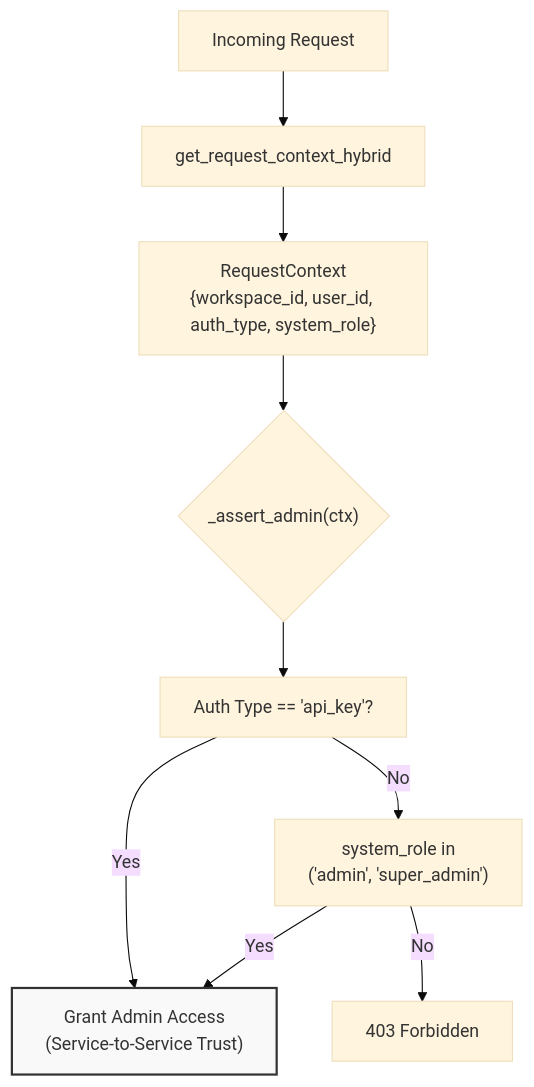
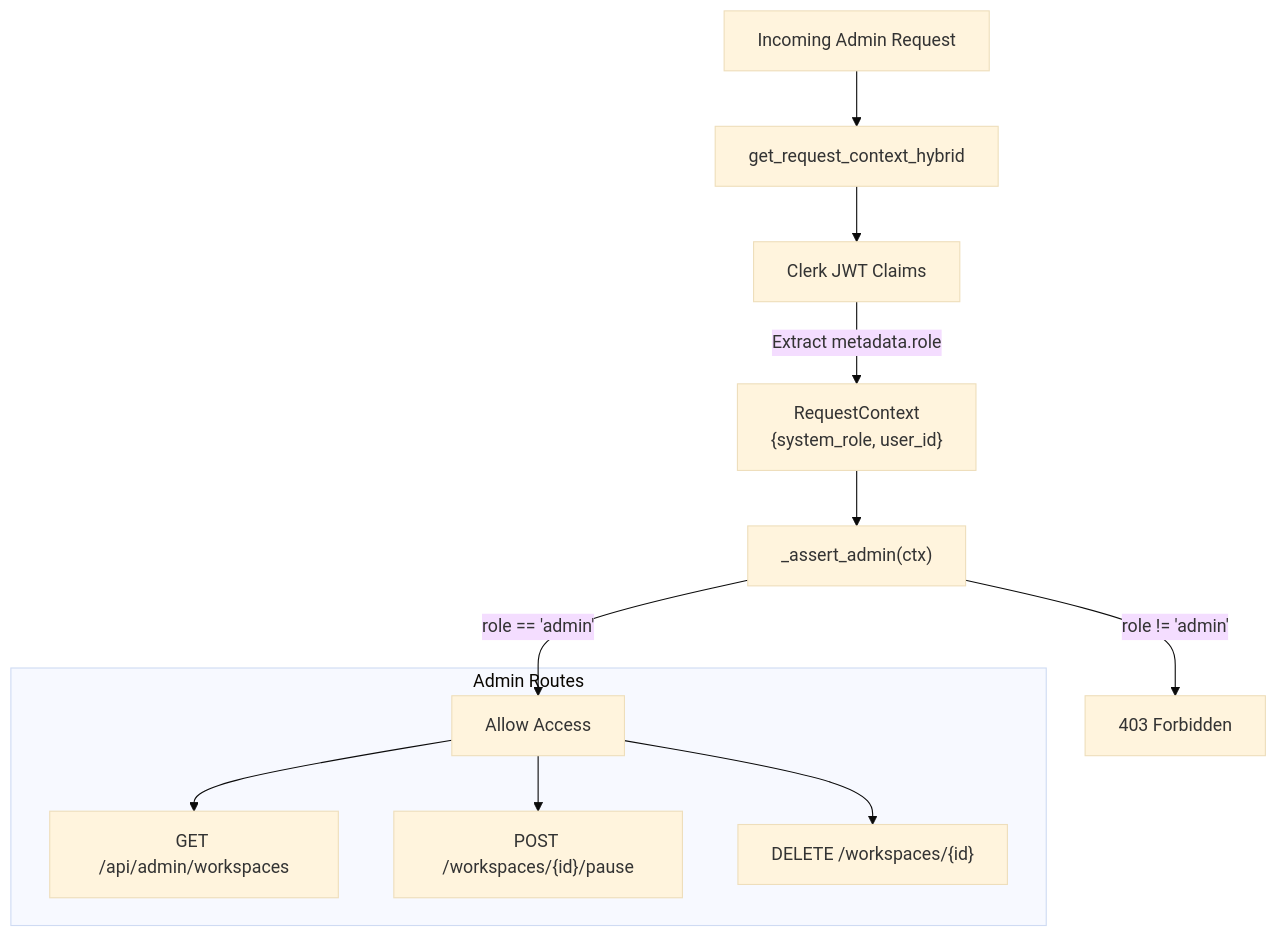
Before and after one commit to AutomatosAI/automatos-ai: the first of 2 diagrams in docs/authentication-multi-tenancy/admin-access-control.md, drawn with Mermaid (base theme). The commit also changed other lines of this file and 153 other files, not shown here.

````diff
--- a/docs/authentication-multi-tenancy/admin-access-control.md
+++ b/docs/authentication-multi-tenancy/admin-access-control.md
@@ -59,21 +56,21 @@
 ```mermaid
 graph TB
-    Request["Incoming Request"]
+    Request["Incoming Admin Request"]
     Auth["get_request_context_hybrid"]
-    Context["RequestContext<br/>{workspace_id, user_id, auth_type, system_role}"]
-    Check{"_assert_admin(ctx)"}
-    APIKey["Auth Type == 'api_key'?"]
-    RoleCheck["system_role in<br/>('admin', 'super_admin')"]
+    Clerk["Clerk JWT Claims"]
+    Context["RequestContext<br/>{system_role, user_id}"]
+    Assert["_assert_admin(ctx)"]
     
     Request --> Auth
-    Auth --> Context
-    Context --> Check
-    Check --> APIKey
-    APIKey -->|Yes| Grant["Grant Admin Access<br/>(Service-to-Service Trust)"]
-    APIKey -->|No| RoleCheck
-    RoleCheck -->|Yes| Grant
-    RoleCheck -->|No| Deny["403 Forbidden"]
+    Auth --> Clerk
+    Clerk -->|Extract metadata.role| Context
+    Context --> Assert
+    Assert -->|role == 'admin'| Grant["Allow Access"]
+    Assert -->|role != 'admin'| Deny["403 Forbidden"]
 
-    classDef access fill:#f9f9f9,stroke:#333,stroke-width:2px
-    class Grant access
+    subgraph "Admin Routes"
+    Grant --> ListWS["GET /api/admin/workspaces"]
+    Grant --> PauseWS["POST /workspaces/{id}/pause"]
+    Grant --> PurgeWS["DELETE /workspaces/{id}"]
+    end
 ```
````
